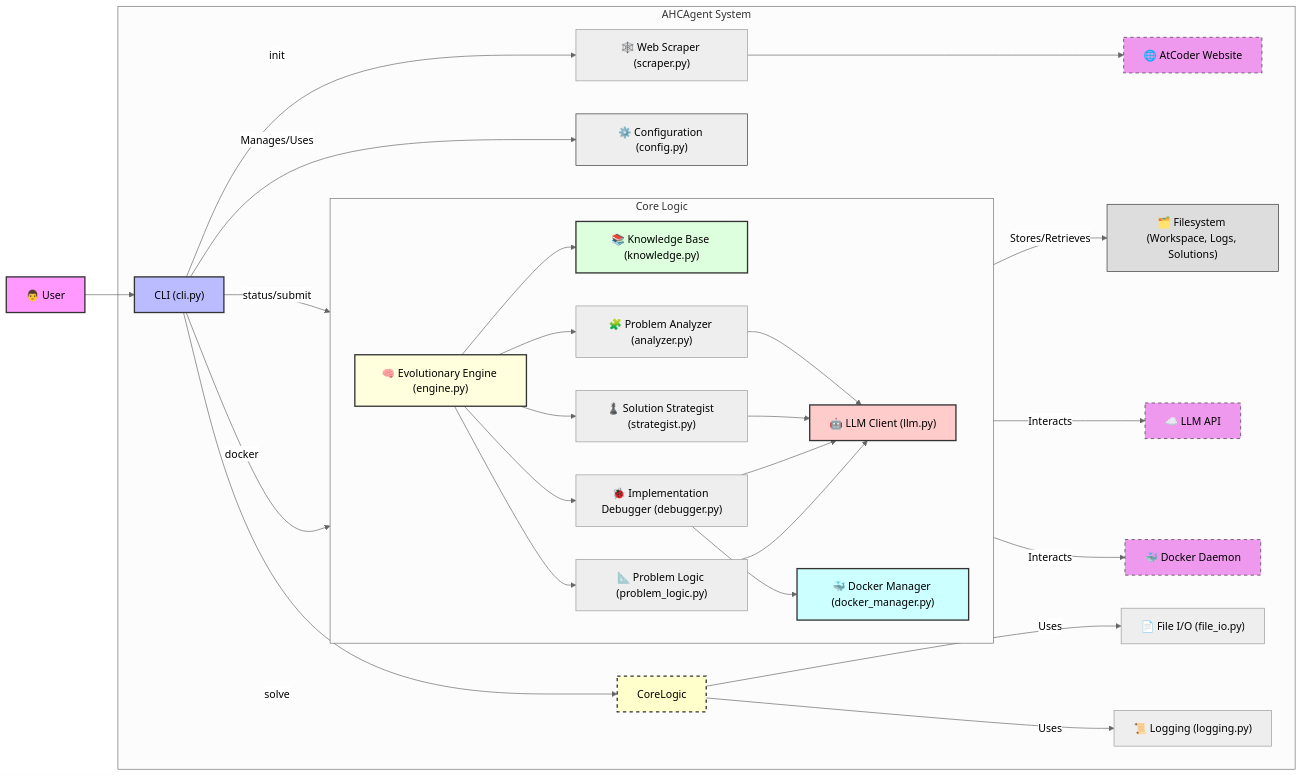
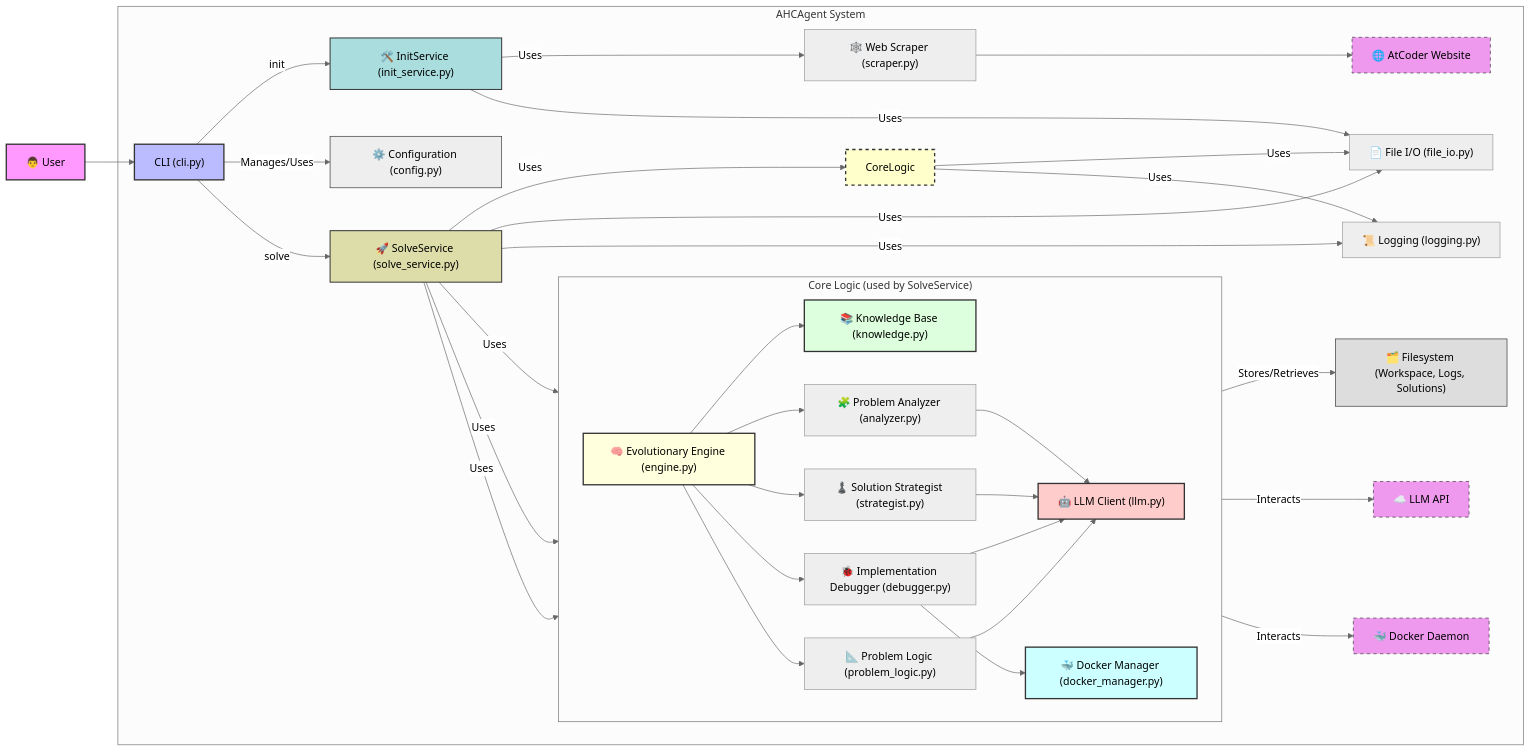
Before and after one commit to bamps53/ahc-agent: the diagram in docs/architecture.md, drawn with Mermaid (neutral theme). The commit also changed other lines of this file and 38 other files, not shown here.

````diff
--- a/docs/architecture.md
+++ b/docs/architecture.md
@@ -5,54 +5,64 @@
 ```mermaid
 graph LR
     User[👨 User] --> CLIMain["CLI (cli.py)"];
 
     subgraph "AHCAgent System"
+        CLIMain -- "init" --> InitService["🛠️ InitService (init_service.py)"];
         CLIMain -- Manages/Uses --> Config["⚙️ Configuration (config.py)"];
-        CLIMain -- "init" --> ScraperUtil["🕸️ Web Scraper (scraper.py)"];
+        InitService -- Uses --> ScraperUtil["🕸️ Web Scraper (scraper.py)"];
         ScraperUtil --> ExternalAtCoder["🌐 AtCoder Website"];
 
-        CLIMain -- "solve" --> CoreLogic;
-        CLIMain -- "status/submit" --> KB["📚 Knowledge Base (knowledge.py)"];
-        CLIMain -- "docker" --> DockerUtil["🐳 Docker Manager (docker_manager.py)"];
+        CLIMain -- "solve" --> SolveService["🚀 SolveService (solve_service.py)"];
 
-        subgraph "Core Logic"
+        SolveService -- Uses --> CoreLogic;
+        SolveService -- Uses --> KB["📚 Knowledge Base (knowledge.py)"];
+        SolveService -- Uses --> LLMUtil["🤖 LLM Client (llm.py)"];
+        SolveService -- Uses --> DockerUtil["🐳 Docker Manager (docker_manager.py)"];
+
+
+        subgraph "Core Logic (used by SolveService)"
             direction LR
             Engine["🧠 Evolutionary Engine (engine.py)"];
             Analyzer["🧩 Problem Analyzer (analyzer.py)"];
             Strategist["♟️ Solution Strategist (strategist.py)"];
             Debugger["🐞 Implementation Debugger (debugger.py)"];
             ProblemHandler["📐 Problem Logic (problem_logic.py)"];
 
             Engine --> Analyzer;
             Engine --> Strategist;
             Engine --> Debugger;
             Engine --> ProblemHandler;
             Engine --> KB;
 
-            Analyzer --> LLMUtil["🤖 LLM Client (llm.py)"];
+            Analyzer --> LLMUtil;
             Strategist --> LLMUtil;
             Debugger --> LLMUtil;
             ProblemHandler --> LLMUtil;
             Debugger --> DockerUtil;
         end
 
         KB -- Stores/Retrieves --> FileSystem["🗂️ Filesystem (Workspace, Logs, Solutions)"];
         LLMUtil -- Interacts --> ExternalLLMAPI["☁️ LLM API"];
         DockerUtil -- Interacts --> LocalDockerDaemon["🐳 Docker Daemon"];
         CoreLogic -- Uses --> FileIOUtil["📄 File I/O (file_io.py)"];
         CoreLogic -- Uses --> LoggingUtil["📜 Logging (logging.py)"];
+        InitService -- Uses --> FileIOUtil;
+        SolveService -- Uses --> FileIOUtil;
+        SolveService -- Uses --> LoggingUtil;
     end
 
     style User fill:#f9f,stroke:#333,stroke-width:2px
     style CLIMain fill:#bbf,stroke:#333,stroke-width:2px
+    style InitService fill:#add,stroke:#333,stroke-width:1.5px
+    style SolveService fill:#dda,stroke:#333,stroke-width:1.5px
     style Config fill:#eee,stroke:#333,stroke-width:1px
     style CoreLogic fill:#ffc,stroke:#333,stroke-width:2px,stroke-dasharray: 5 5
     style Engine fill:#ffd,stroke:#333,stroke-width:2px
     style KB fill:#dfd,stroke:#333,stroke-width:2px
     style LLMUtil fill:#fcc,stroke:#333,stroke-width:2px
     style DockerUtil fill:#cff,stroke:#333,stroke-width:2px
     style ExternalAtCoder fill:#e9e,stroke:#333,stroke-width:1px,stroke-dasharray: 5 5
     style ExternalLLMAPI fill:#e9e,stroke:#333,stroke-width:1px,stroke-dasharray: 5 5
     style LocalDockerDaemon fill:#e9e,stroke:#333,stroke-width:1px,stroke-dasharray: 5 5
     style FileSystem fill:#ddd,stroke:#333,stroke-width:1px
 ```
````
